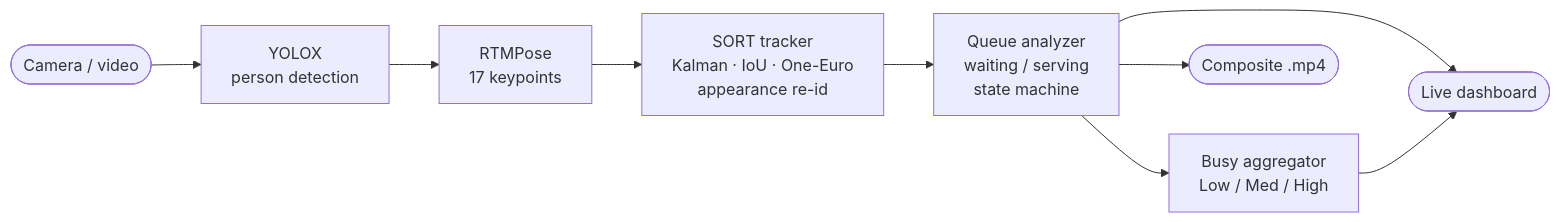
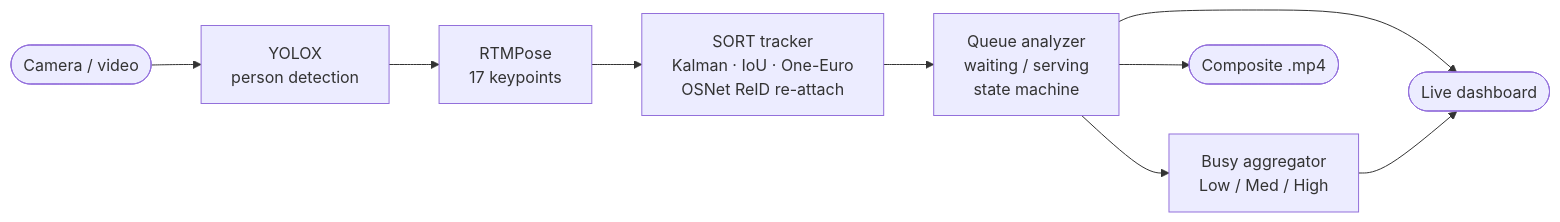
The first of 2 diagrams in README.md (paarth-r/storePose), drawn with Mermaid before and after one commit. The commit also changed other lines of this file, not shown here.

Commit message:
docs: README section on OSNet re-id (gallery, cross-exit re-entry, backends)

````diff
--- a/README.md
+++ b/README.md
@@ -53,11 +53,11 @@
 ```mermaid
 flowchart LR
   A([Camera / video]) --> B[YOLOX<br/>person detection]
   B --> C[RTMPose<br/>17 keypoints]
-  C --> D[SORT tracker<br/>Kalman · IoU · One-Euro<br/>appearance re-id]
+  C --> D[SORT tracker<br/>Kalman · IoU · One-Euro<br/>OSNet ReID re-attach]
   D --> E[Queue analyzer<br/>waiting / serving<br/>state machine]
   E --> F[Busy aggregator<br/>Low / Med / High]
   E --> G([Live dashboard])
   E --> H([Composite .mp4])
   F --> G
 ```
````
